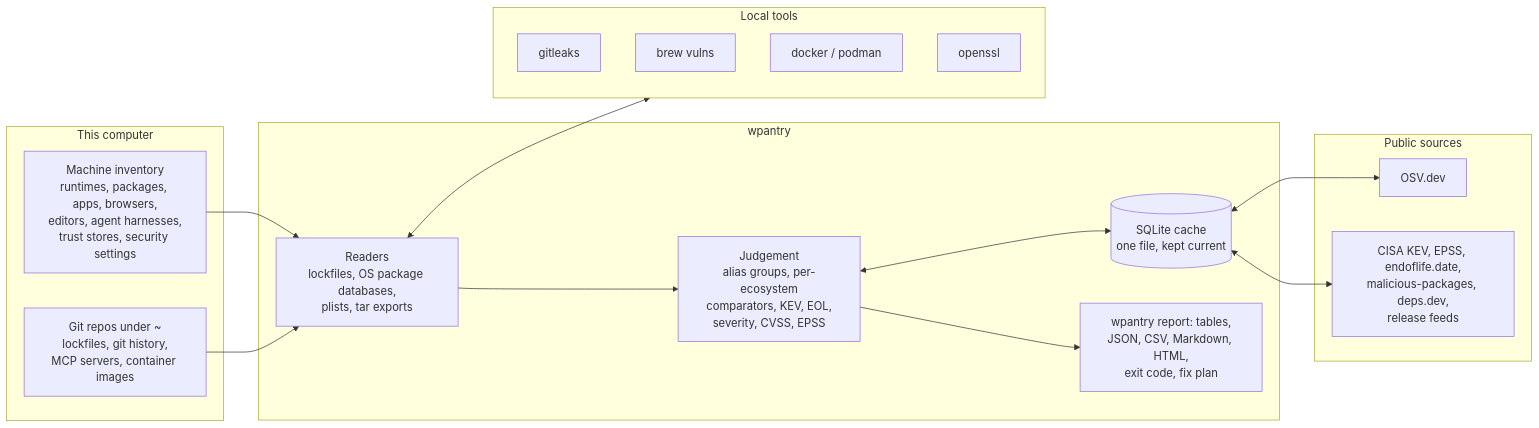
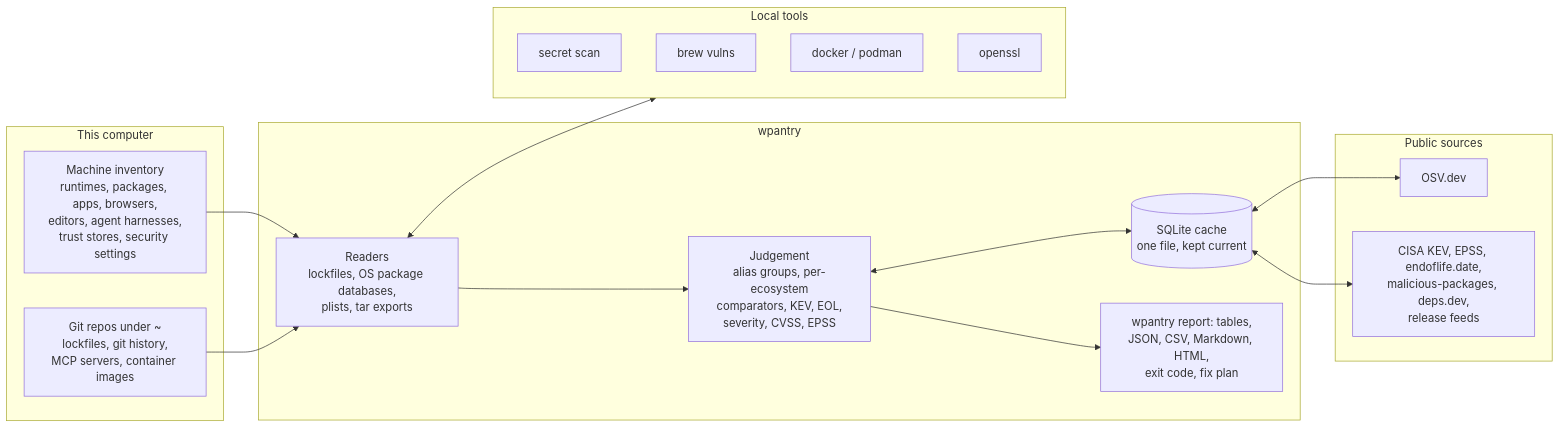
Before and after one commit to waffuruai/pantry: the second of 2 diagrams in docs/public/architecture.md, drawn with Mermaid. The commit also changed other lines of this file and 8 other files, not shown here.

Commit message:
document the secret scan and drop gitleaks from the docs

````diff
--- a/docs/public/architecture.md
+++ b/docs/public/architecture.md
@@ -65,30 +65,30 @@
 ```mermaid
 flowchart LR
   subgraph here["This computer"]
     machine["Machine inventory<br/>runtimes, packages, apps, browsers,<br/>editors, agent harnesses,<br/>trust stores, security settings"]
     repos["Git repos under ~<br/>lockfiles, git history,<br/>MCP servers, container images"]
   end
   subgraph wp["wpantry"]
     readers["Readers<br/>lockfiles, OS package databases,<br/>plists, tar exports"]
     judge["Judgement<br/>alias groups, per-ecosystem<br/>comparators, KEV, EOL,<br/>severity, CVSS, EPSS"]
     cache[("SQLite cache<br/>one file, kept current")]
     out["wpantry report: tables,<br/>JSON, CSV, Markdown, HTML,<br/>exit code, fix plan"]
   end
   subgraph tools["Local tools"]
-    gl["gitleaks"]
+    gl["secret scan"]
     brew["brew vulns"]
     ctr["docker / podman"]
     ossl["openssl"]
   end
   subgraph net["Public sources"]
     osv["OSV.dev"]
     feeds["CISA KEV, EPSS, endoflife.date,<br/>malicious-packages, deps.dev,<br/>release feeds"]
   end
   machine --> readers
   repos --> readers
   readers --> judge --> out
   readers <--> tools
   judge <--> cache
   cache <--> osv
   cache <--> feeds
 ```
````
